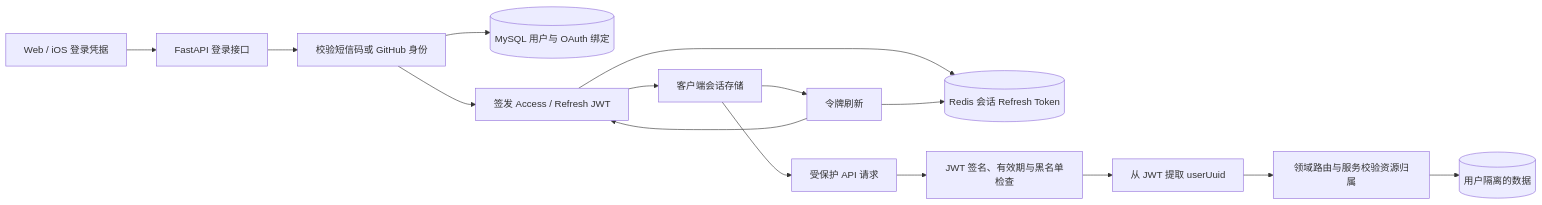
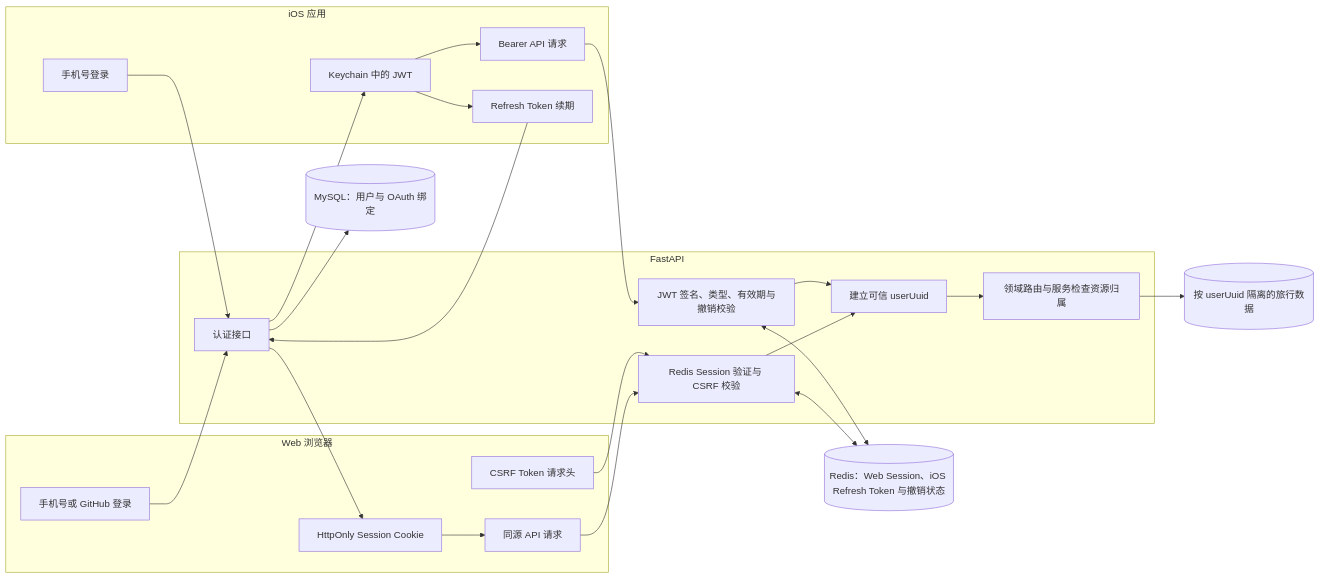
The diagram in docs/modules/authentication/README.md (MangoMilk666/Vago), drawn with Mermaid before and after one commit. The commit also changed other lines of this file, not shown here.

````diff
--- a/docs/modules/authentication/README.md
+++ b/docs/modules/authentication/README.md
@@ -45,17 +88,47 @@
 ```mermaid
 flowchart LR
-    client[Web / iOS 登录凭据] --> authApi[FastAPI 登录接口]
-    authApi --> verify[校验短信码或 GitHub 身份]
-    verify --> user[(MySQL 用户与 OAuth 绑定)]
-    verify --> tokens[签发 Access / Refresh JWT]
-    tokens --> redis[(Redis 会话 Refresh Token)]
-    tokens --> storage[客户端会话存储]
-    storage --> request[受保护 API 请求]
-    request --> authDependency[JWT 签名、有效期与黑名单检查]
-    authDependency --> identity[从 JWT 提取 userUuid]
-    identity --> domain[领域路由与服务校验资源归属]
-    domain --> data[(用户隔离的数据)]
-    storage --> refresh[令牌刷新]
-    refresh --> redis
-    refresh --> tokens
+    subgraph Web[Web 浏览器]
+        webLogin[手机号或 GitHub 登录]
+        webCookie[HttpOnly Session Cookie]
+        webRequest[同源 API 请求]
+        webCsrf[CSRF Token 请求头]
+    end
+
+    subgraph IOS[iOS 应用]
+        iosLogin[手机号登录]
+        keychain[Keychain 中的 JWT]
+        iosRequest[Bearer API 请求]
+        iosRefresh[Refresh Token 续期]
+    end
+
+    subgraph Backend[FastAPI]
+        login[认证接口]
+        webAuth[Redis Session 验证与 CSRF 校验]
+        iosAuth[JWT 签名、类型、有效期与撤销校验]
+        identity[建立可信 userUuid]
+        domain[领域路由与服务检查资源归属]
+    end
+
+    redis[(Redis：Web Session、iOS Refresh Token 与撤销状态)]
+    users[(MySQL：用户与 OAuth 绑定)]
+    data[(按 userUuid 隔离的旅行数据)]
+
+    webLogin --> login
+    iosLogin --> login
+    login --> users
+    login --> webCookie
+    login --> keychain
+    webCookie --> webRequest
+    webRequest --> webAuth
+    webCsrf --> webAuth
+    webAuth <--> redis
+    keychain --> iosRequest
+    iosRequest --> iosAuth
+    iosAuth <--> redis
+    keychain --> iosRefresh
+    iosRefresh --> login
+    webAuth --> identity
+    iosAuth --> identity
+    identity --> domain
+    domain --> data
 ```
````
